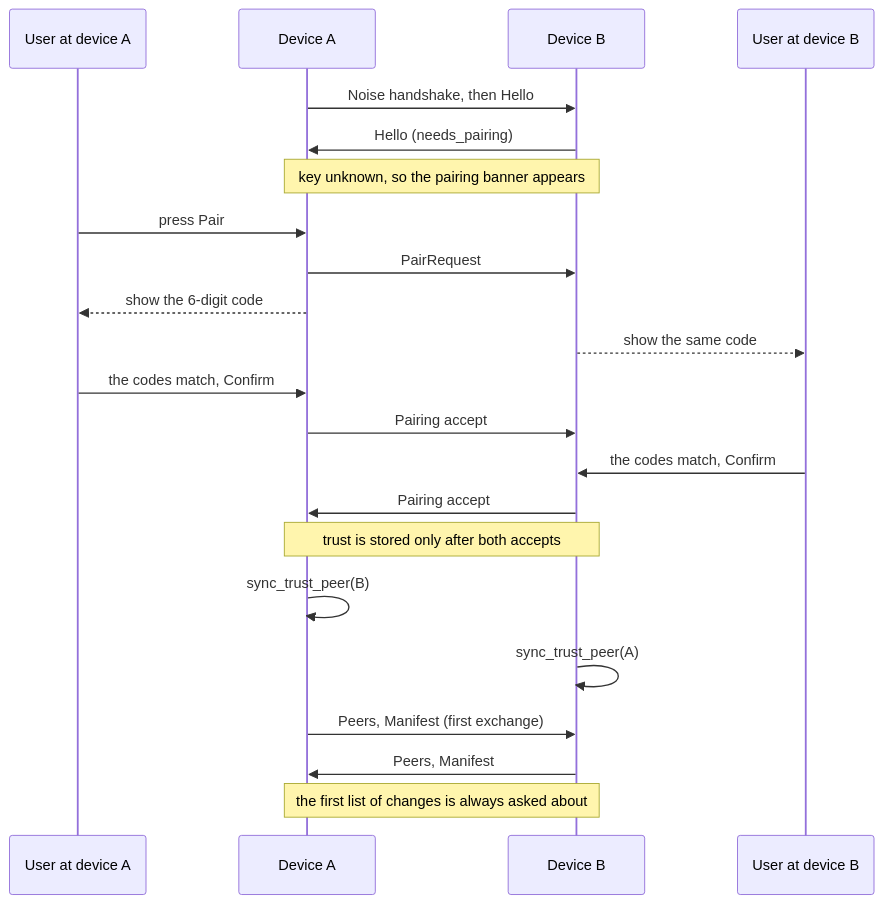
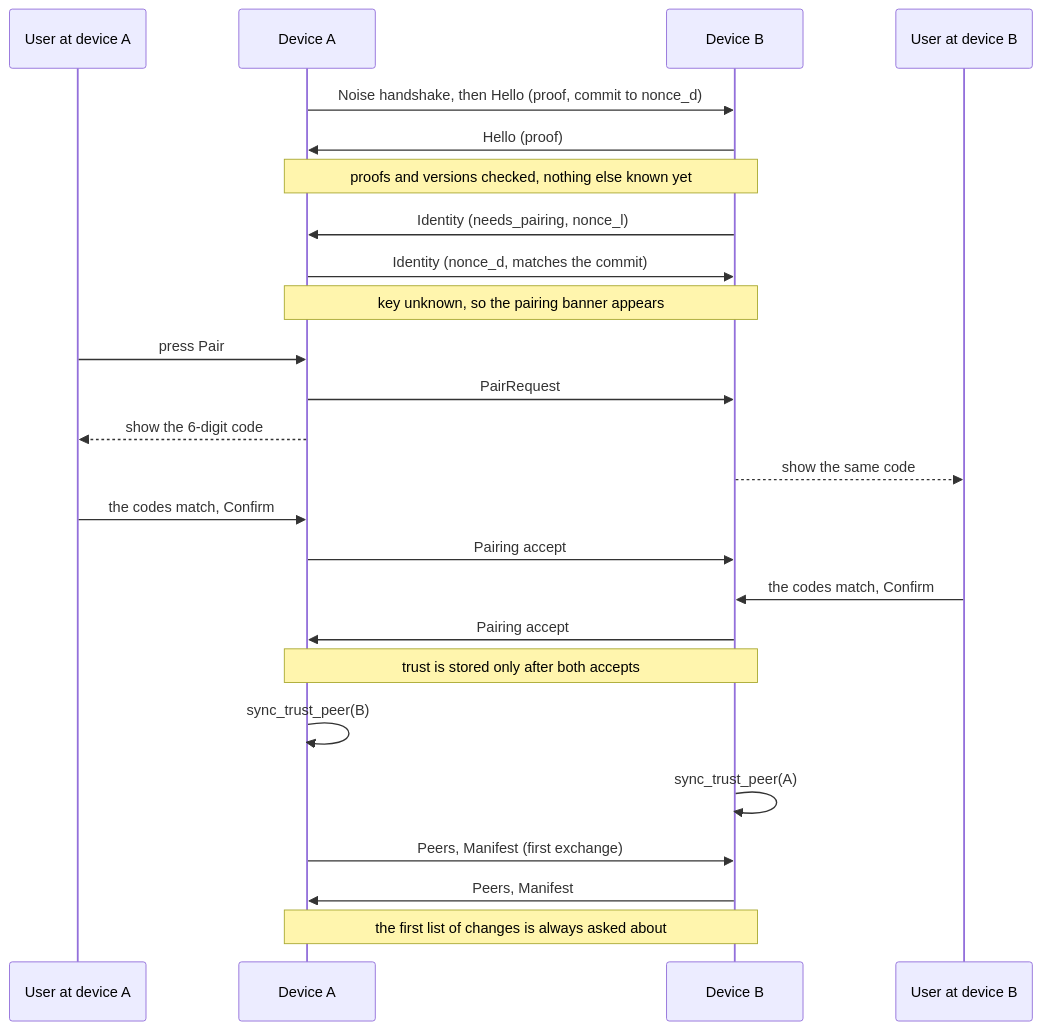
The diagram in docs/sync/pairing.md (Reckeck/mwt), drawn with Mermaid before and after one commit. The commit also changed other lines of this file and 11 other files, not shown here.

First line of the commit message:
feat(sync): protocol 4, identity after the vault proof (#91)

````diff
--- a/docs/sync/pairing.md
+++ b/docs/sync/pairing.md
@@ -50,24 +66,27 @@
 ```mermaid
 sequenceDiagram
     participant UA as User at device A
     participant A as Device A
     participant B as Device B
     participant UB as User at device B
-    A->>B: Noise handshake, then Hello
-    B->>A: Hello (needs_pairing)
+    A->>B: Noise handshake, then Hello (proof, commit to nonce_d)
+    B->>A: Hello (proof)
+    Note over A,B: proofs and versions checked, nothing else known yet
+    B->>A: Identity (needs_pairing, nonce_l)
+    A->>B: Identity (nonce_d, matches the commit)
     Note over A,B: key unknown, so the pairing banner appears
     UA->>A: press Pair
     A->>B: PairRequest
     A-->>UA: show the 6-digit code
     B-->>UB: show the same code
     UA->>A: the codes match, Confirm
     A->>B: Pairing accept
     UB->>B: the codes match, Confirm
     B->>A: Pairing accept
     Note over A,B: trust is stored only after both accepts
     A->>A: sync_trust_peer(B)
     B->>B: sync_trust_peer(A)
     A->>B: Peers, Manifest (first exchange)
     B->>A: Peers, Manifest
     Note over A,B: the first list of changes is always asked about
 ```
````
